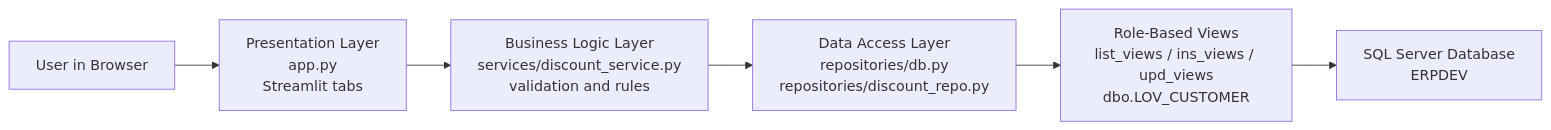
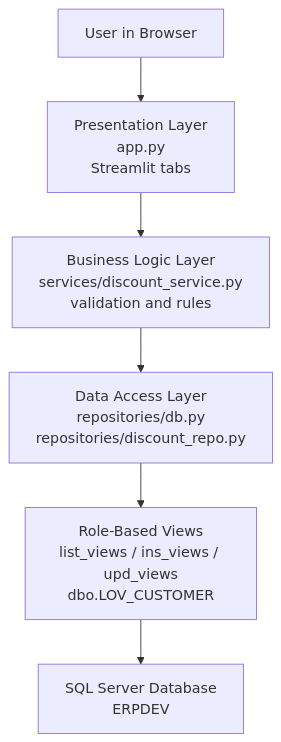
The diagram in index.qmd (kirenz/sopra), drawn with Mermaid before and after one commit. The commit also changed other lines of this file and 6 other files, not shown here.

````diff
--- a/index.qmd
+++ b/index.qmd
@@ -50,8 +85,8 @@
 ```{mermaid}
-flowchart LR
+flowchart TD
     U["User in Browser"] --> A["Presentation Layer<br>app.py<br>Streamlit tabs"]
     A --> B["Business Logic Layer<br>services/discount_service.py<br>validation and rules"]
     B --> C["Data Access Layer<br>repositories/db.py<br>repositories/discount_repo.py"]
     C --> D["Role-Based Views<br>list_views / ins_views / upd_views<br>dbo.LOV_CUSTOMER"]
     D --> E["SQL Server Database<br>ERPDEV"]
 ```
````
